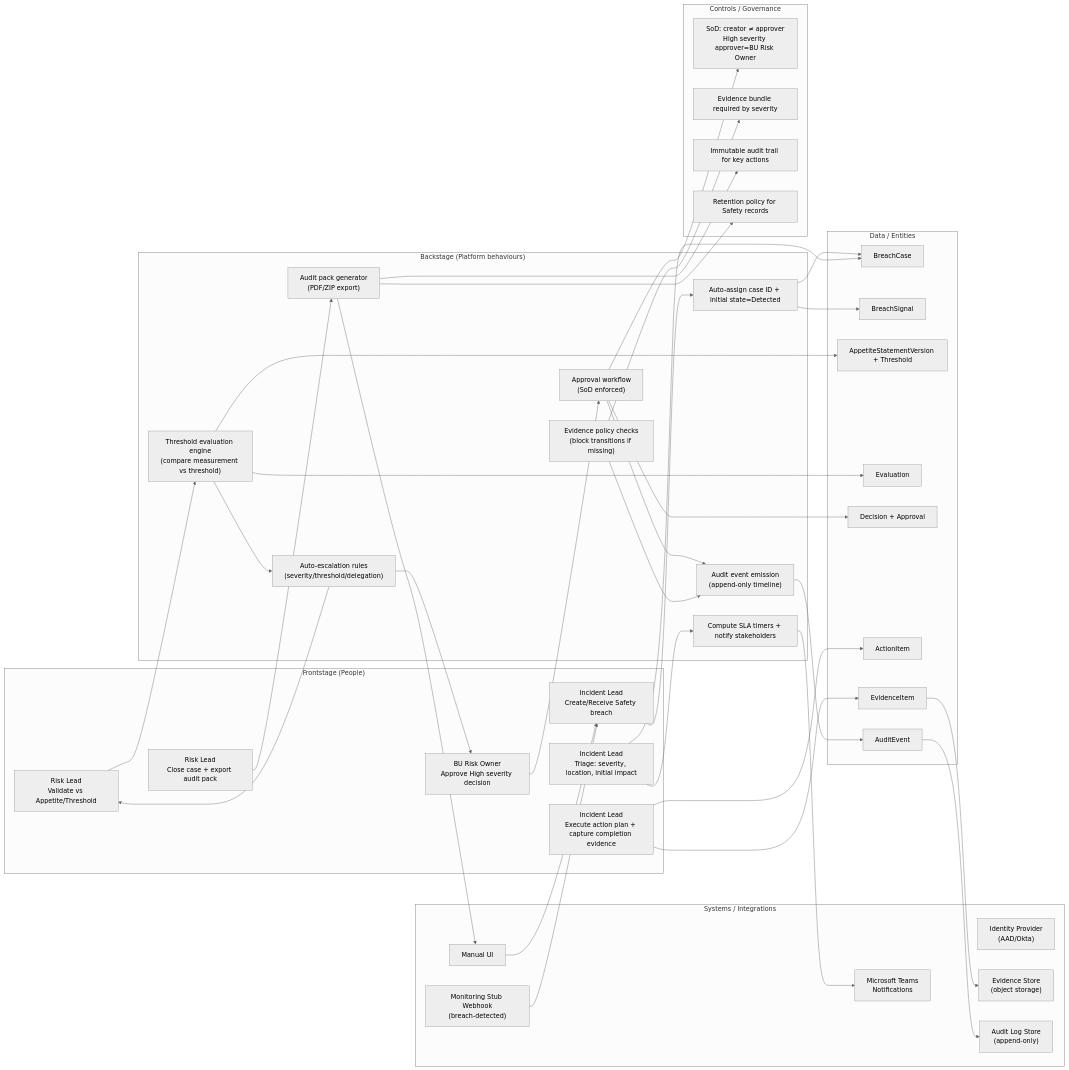
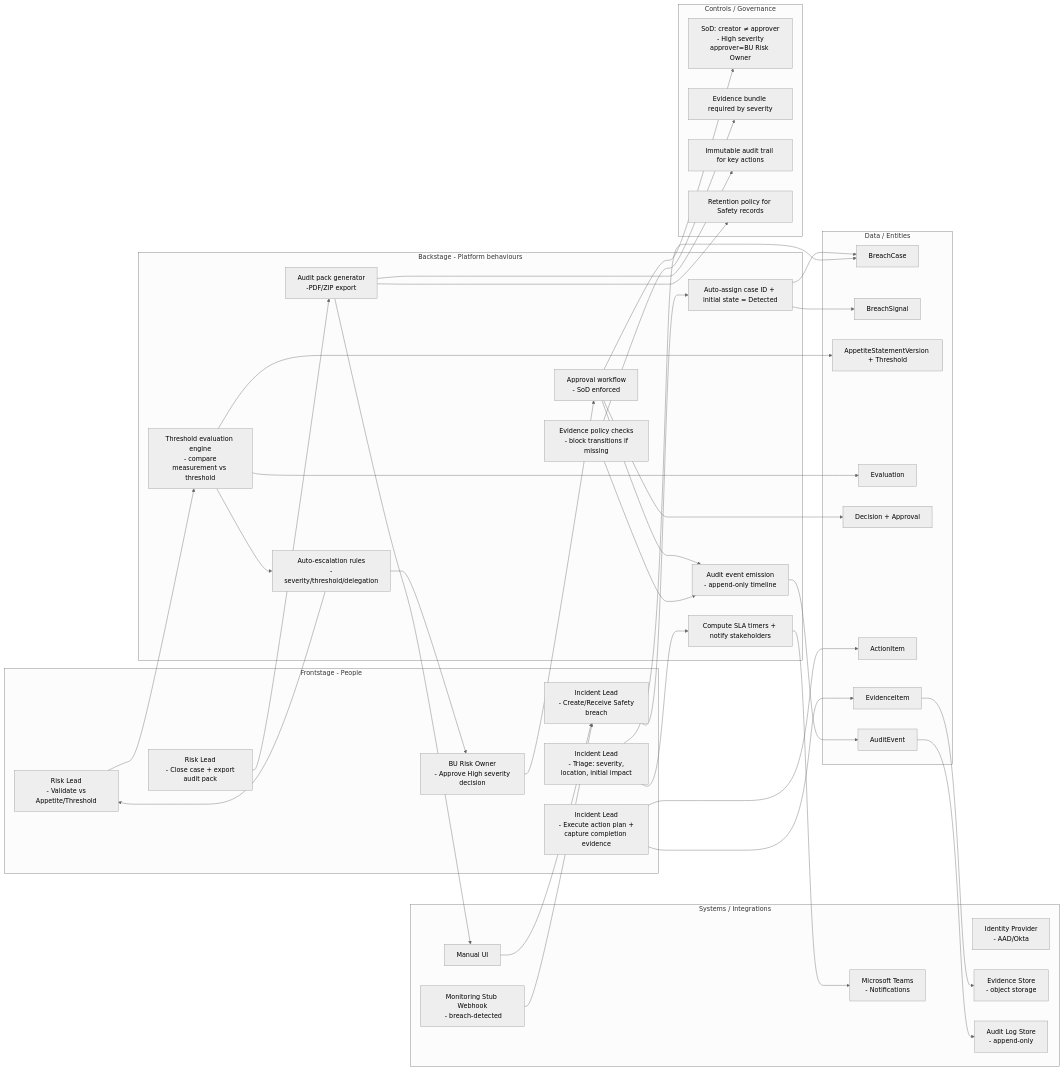
Before and after one commit to Domtellis/erm-platform: the diagram in content/enterprise-architecture/05-product/01-prds/sb-01/service-blueprint.mmd, drawn with Mermaid (neutral theme). The commit also changed 169 other files, not shown here.

```diff
--- a/content/enterprise-architecture/05-product/01-prds/sb-01/service-blueprint.mmd
+++ b/content/enterprise-architecture/05-product/01-prds/sb-01/service-blueprint.mmd
@@ -1,80 +1,80 @@
 flowchart LR
 
-%% SB-01 Service Blueprint (Safety)
+%% SB-01 Service Blueprint -Safety
 %% Layers represented as lanes: Frontstage, Backstage, Systems, Data, Controls
 
-subgraph Frontstage["Frontstage (People)"]
-  IL1["Incident Lead\nCreate/Receive Safety breach"]
-  IL2["Incident Lead\nTriage: severity, location, initial impact"]
-  RL1["Risk Lead\nValidate vs Appetite/Threshold"]
-  BU1["BU Risk Owner\nApprove High severity decision"]
-  IL3["Incident Lead\nExecute action plan + capture completion evidence"]
-  RL2["Risk Lead\nClose case + export audit pack"]
+subgraph Frontstage["Frontstage - People"]
+  IL1["Incident Lead\n - Create/Receive Safety breach"]
+  IL2["Incident Lead\n - Triage: severity, location, initial impact"]
+  RL1["Risk Lead\n - Validate vs Appetite/Threshold"]
+  BU1["BU Risk Owner\n - Approve High severity decision"]
+  IL3["Incident Lead\n - Execute action plan + capture completion evidence"]
+  RL2["Risk Lead\n - Close case + export audit pack"]
 end
 
-subgraph Backstage["Backstage (Platform behaviours)"]
-  P1["Auto-assign case ID + initial state=Detected"]
+subgraph Backstage["Backstage - Platform behaviours"]
+  P1["Auto-assign case ID + initial state = Detected"]
   P2["Compute SLA timers + notify stakeholders"]
-  P3["Threshold evaluation engine\n(compare measurement vs threshold)"]
-  P4["Auto-escalation rules\n(severity/threshold/delegation)"]
-  P5["Approval workflow\n(SoD enforced)"]
-  P6["Audit event emission\n(append-only timeline)"]
-  P7["Evidence policy checks\n(block transitions if missing)"]
-  P8["Audit pack generator\n(PDF/ZIP export)"]
+  P3["Threshold evaluation engine\n - compare measurement vs threshold"]
+  P4["Auto-escalation rules\n - severity/threshold/delegation"]
+  P5["Approval workflow\n - SoD enforced "]
+  P6["Audit event emission\n - append-only timeline"]
+  P7["Evidence policy checks\n - block transitions if missing"]
+  P8["Audit pack generator\n -PDF/ZIP export"]
 end
 
 subgraph Systems["Systems / Integrations"]
   S1["Manual UI"]
-  S2["Monitoring Stub Webhook\n(breach-detected)"]
-  S3["Microsoft Teams\nNotifications"]
-  S4["Identity Provider\n(AAD/Okta)"]
-  S5["Evidence Store\n(object storage)"]
-  S6["Audit Log Store\n(append-only)"]
+  S2["Monitoring Stub Webhook\n - breach-detected"]
+  S3["Microsoft Teams\n - Notifications"]
+  S4["Identity Provider\n - AAD/Okta"]
+  S5["Evidence Store\n - object storage"]
+  S6["Audit Log Store\n - append-only"]
 end
 
 subgraph Data["Data / Entities"]
   D1["BreachCase"]
   D2["BreachSignal"]
   D3["AppetiteStatementVersion + Threshold"]
   D4["Evaluation"]
   D5["Decision + Approval"]
   D6["ActionItem"]
   D7["EvidenceItem"]
   D8["AuditEvent"]
 end
 
 subgraph Controls["Controls / Governance"]
-  C1["SoD: creator ≠ approver\nHigh severity approver=BU Risk Owner"]
+  C1["SoD: creator ≠ approver\n - High severity approver=BU Risk Owner"] 
   C2["Evidence bundle required by severity"]
   C3["Immutable audit trail for key actions"]
   C4["Retention policy for Safety records"]
 end
 
 %% Flow connections
 S1 --> IL1
 S2 --> IL1
 IL1 --> P1 --> D1
 P1 --> D2
 
 IL2 --> P2 --> S3
 IL2 --> D1
 
 RL1 --> P3 --> D4
 P3 --> D3
 P3 --> P4
 
 P4 --> RL1
 P4 --> BU1
 
 BU1 --> P5 --> D5
 P5 --> C1
 P5 --> P6 --> D8 --> S6
 
 IL3 --> D6
 IL3 --> D7 --> S5
 P7 --> C2
 P7 --> P6
 
 RL2 --> P8 --> C3
 P8 --> C4
 P8 --> S1
```
